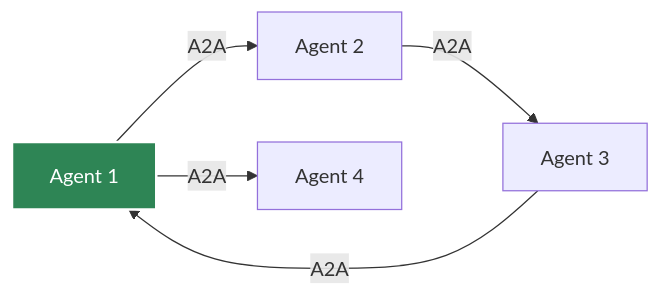
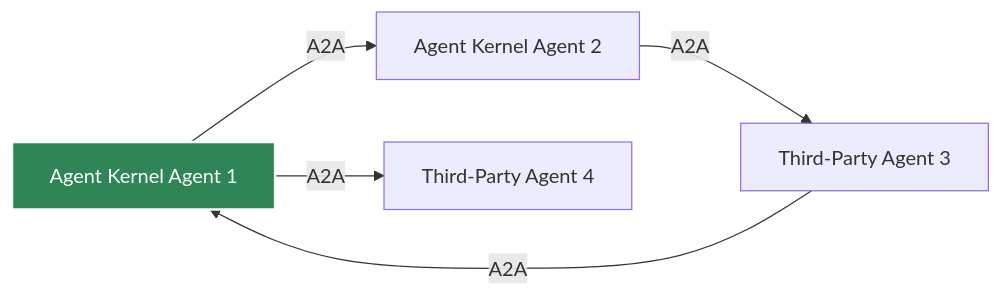
One commit to yaalalabs/agent-kernel changed the diagram in docs/docs/api/a2a-server.md. Above: the diagram before and after it, drawn with Mermaid. The commit also changed other lines of this file and 5 other files, not shown here.

````diff
--- a/docs/docs/api/a2a-server.md
+++ b/docs/docs/api/a2a-server.md
@@ -90,9 +78,9 @@
 ```mermaid
 graph LR
-    A[Agent 1] -->|A2A| B[Agent 2]
-    B -->|A2A| C[Agent 3]
+    A[Agent Kernel Agent 1] -->|A2A| B[Agent Kernel Agent 2]
+    B -->|A2A| C[Third-Party Agent 3]
     C -->|A2A| A
-    A -->|A2A| D[Agent 4]
+    A -->|A2A| D[Third-Party Agent 4]
     
     style A fill:#2e8555,stroke:#fff,stroke-width:2px,color:#fff
 ```
````
